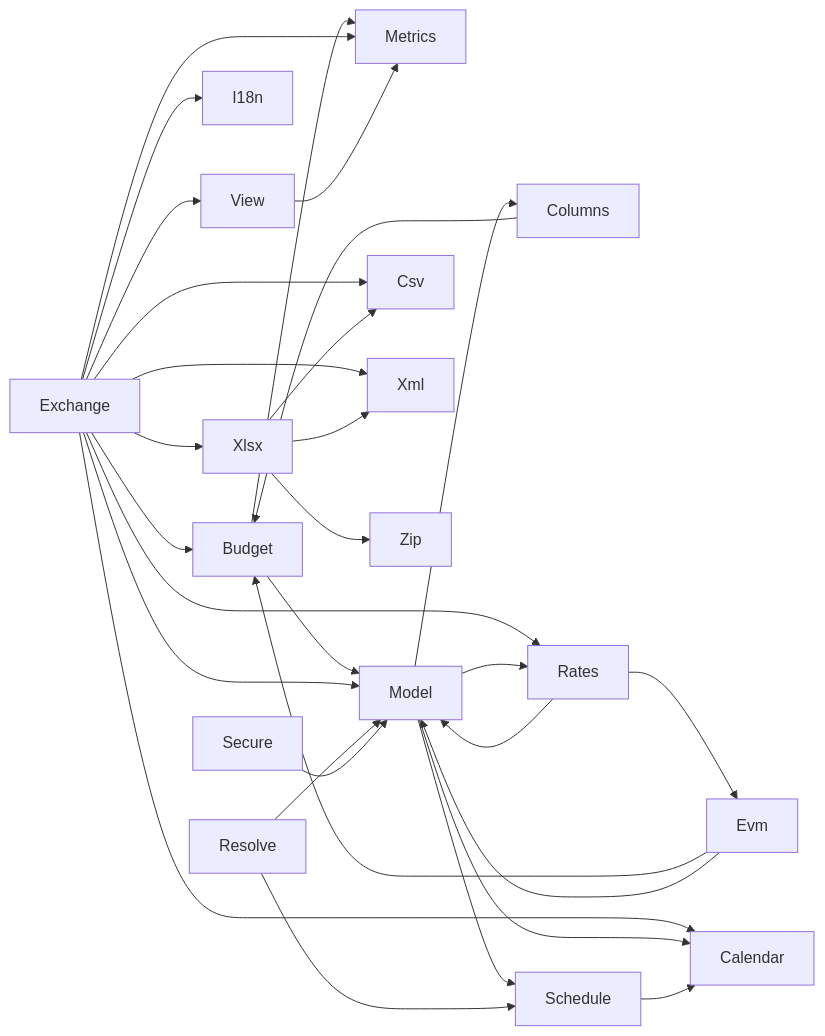
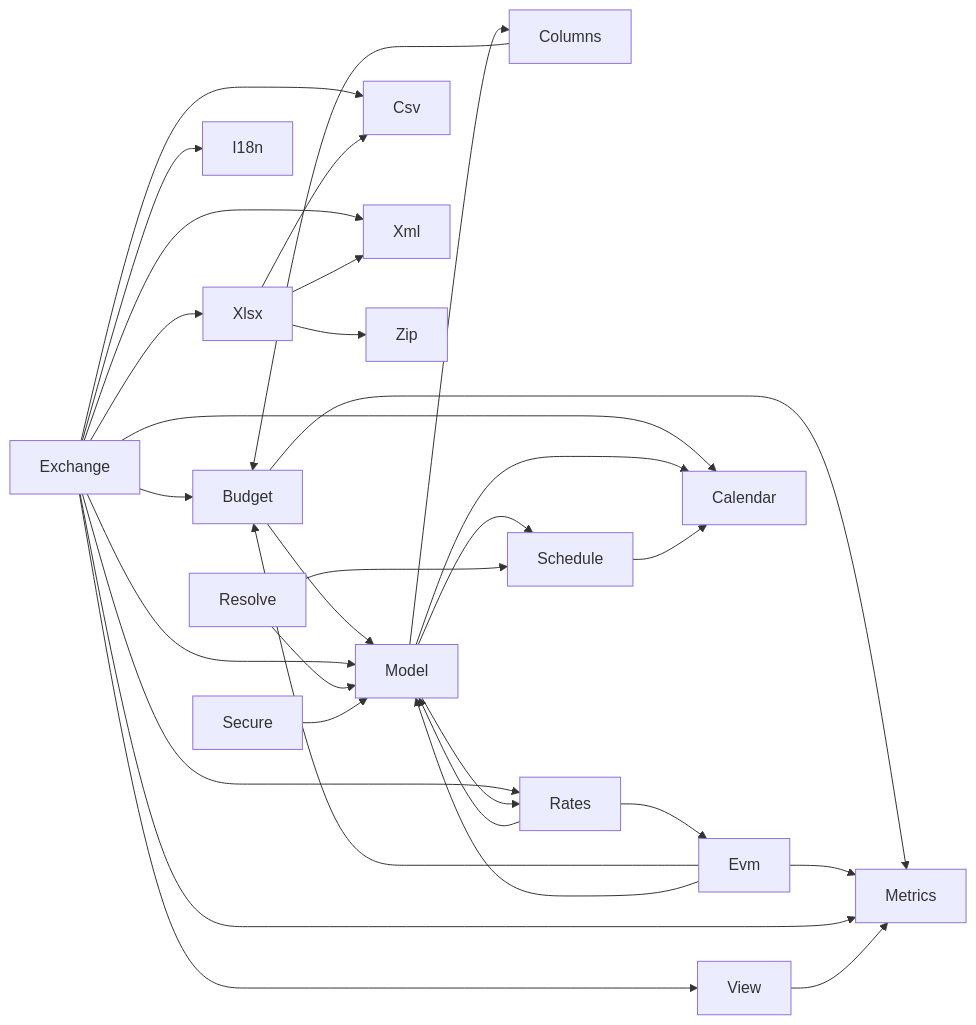
The fifth of 5 diagrams in Architecture.md (SimonBelCou/GanttPro), drawn with Mermaid before and after one commit. The commit also changed 14 other files, not shown here.

````diff
--- a/Architecture.md
+++ b/Architecture.md
@@ -198,32 +198,33 @@
 ```mermaid
 flowchart LR
   Budget --> Metrics
   Budget --> Model
   Columns --> Budget
   Evm --> Budget
+  Evm --> Metrics
   Evm --> Model
   Exchange --> Budget
   Exchange --> Calendar
   Exchange --> Csv
   Exchange --> I18n
   Exchange --> Metrics
   Exchange --> Model
   Exchange --> Rates
   Exchange --> View
   Exchange --> Xlsx
   Exchange --> Xml
   Model --> Calendar
   Model --> Columns
   Model --> Rates
   Model --> Schedule
   Rates --> Evm
   Rates --> Model
   Resolve --> Model
   Resolve --> Schedule
   Schedule --> Calendar
   Secure --> Model
   View --> Metrics
   Xlsx --> Csv
   Xlsx --> Xml
   Xlsx --> Zip
 ```
````
